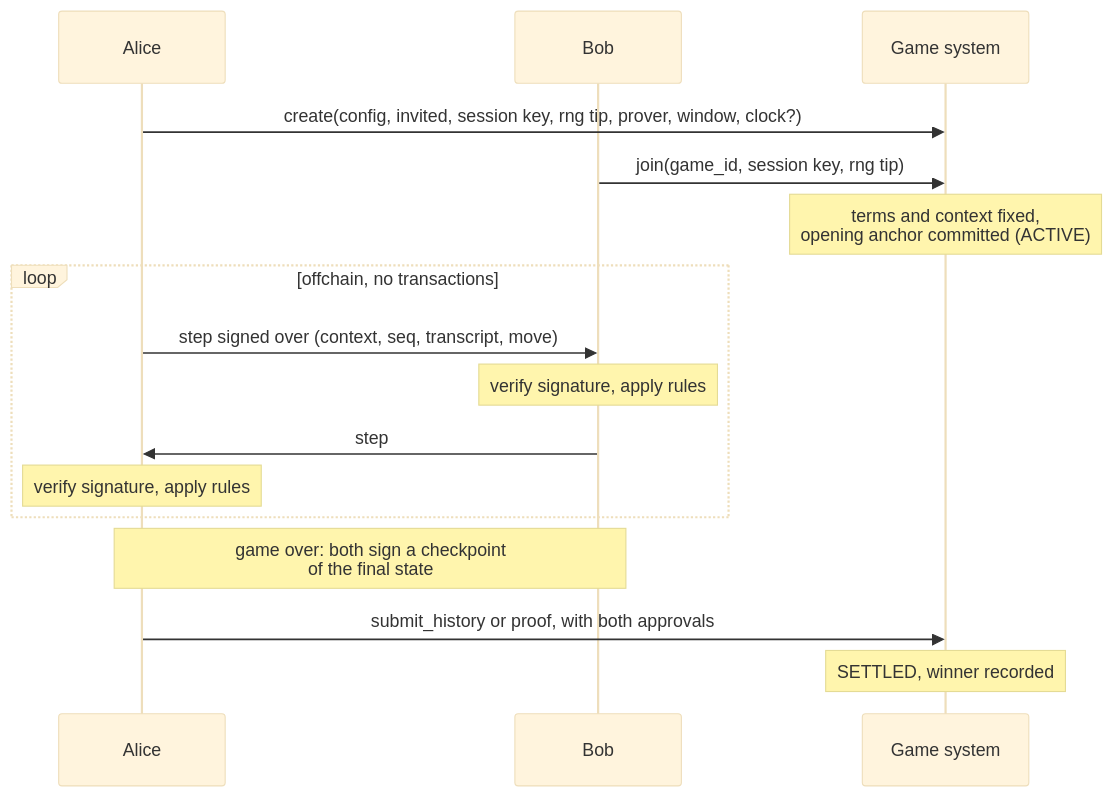
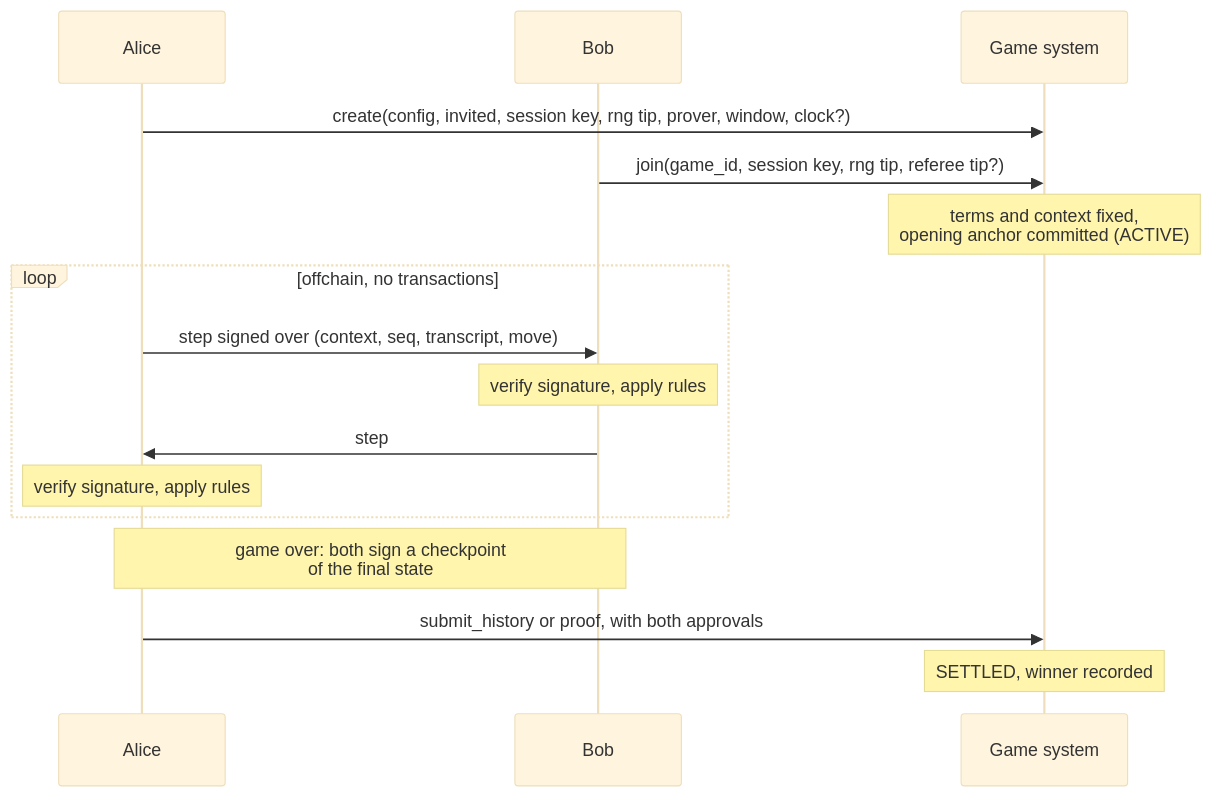
Before and after one commit to broody/arbiter: the second of 4 diagrams in docs/src/pages/how-it-works.mdx, drawn with Mermaid (base theme). The commit also changed other lines of this file and 24 other files, not shown here.

````diff
--- a/docs/src/pages/how-it-works.mdx
+++ b/docs/src/pages/how-it-works.mdx
@@ -45,18 +45,18 @@
 ```mermaid
 sequenceDiagram
   participant A as Alice
   participant B as Bob
   participant C as Game system
   A->>C: create(config, invited, session key, rng tip, prover, window, clock?)
-  B->>C: join(game_id, session key, rng tip)
+  B->>C: join(game_id, session key, rng tip, referee tip?)
   Note over C: terms and context fixed,<br/>opening anchor committed (ACTIVE)
   loop offchain, no transactions
     A->>B: step signed over (context, seq, transcript, move)
     Note over B: verify signature, apply rules
     B->>A: step
     Note over A: verify signature, apply rules
   end
   Note over A,B: game over: both sign a checkpoint<br/>of the final state
   A->>C: submit_history or proof, with both approvals
   Note over C: SETTLED, winner recorded
 ```
````
